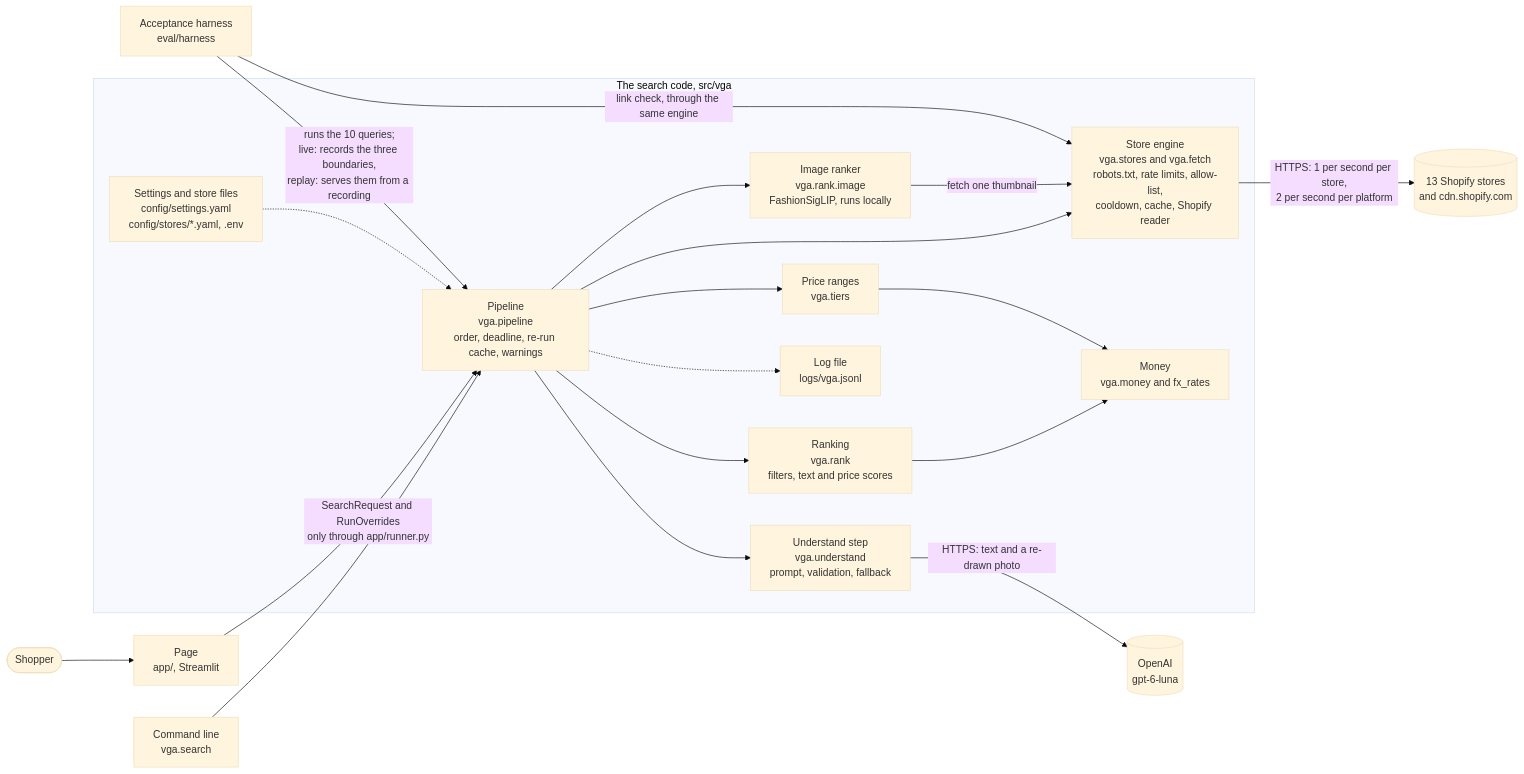
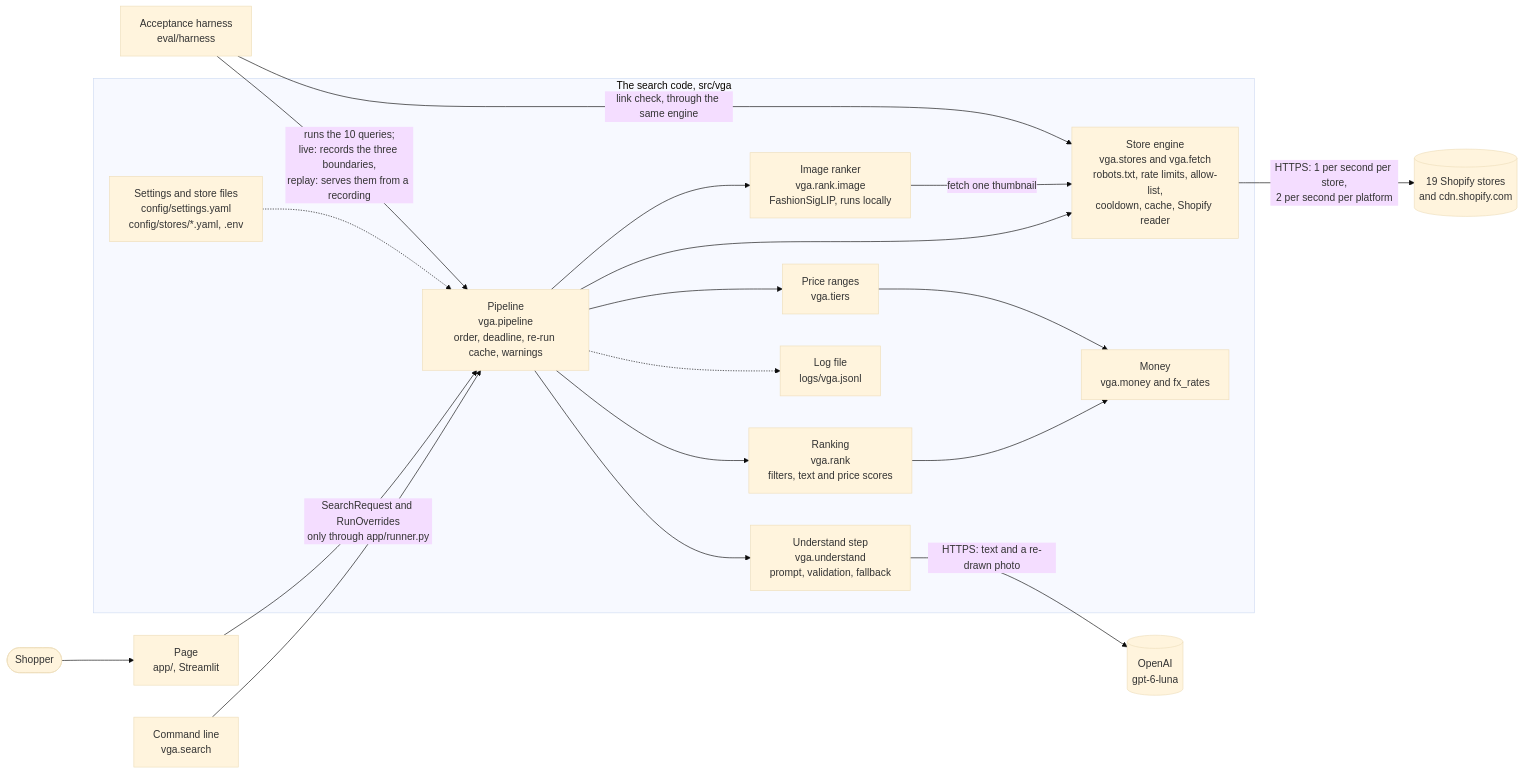
One commit to malijt/vga-ai-shopping-agent changed the diagram in docs/architecture.md. Above: the diagram before and after it, drawn with Mermaid (base theme). The commit also changed other lines of this file and 25 other files, not shown here.

````diff
--- a/docs/architecture.md
+++ b/docs/architecture.md
@@ -28,35 +30,35 @@
 ```mermaid
 flowchart LR
   shopper([Shopper]) --> page["Page<br/>app/, Streamlit"]
   cli["Command line<br/>vga.search"] --> pipe
   page -->|"SearchRequest and RunOverrides<br/>only through app/runner.py"| pipe
 
   subgraph proc["The search code, src/vga"]
     pipe["Pipeline<br/>vga.pipeline<br/>order, deadline, re-run cache, warnings"]
     und["Understand step<br/>vga.understand<br/>prompt, validation, fallback"]
     eng["Store engine<br/>vga.stores and vga.fetch<br/>robots.txt, rate limits, allow-list,<br/>cooldown, cache, Shopify reader"]
     rank["Ranking<br/>vga.rank<br/>filters, text and price scores"]
     img["Image ranker<br/>vga.rank.image<br/>FashionSigLIP, runs locally"]
     tiers["Price ranges<br/>vga.tiers"]
     money["Money<br/>vga.money and fx_rates"]
     cfg["Settings and store files<br/>config/settings.yaml<br/>config/stores/*.yaml, .env"]
     logf["Log file<br/>logs/vga.jsonl"]
   end
 
   pipe --> und
   pipe --> eng
   pipe --> rank
   pipe --> img
   pipe --> tiers
   img -->|"fetch one thumbnail"| eng
   rank --> money
   tiers --> money
   cfg -.-> pipe
   pipe -.-> logf
 
   und -->|"HTTPS: text and a re-drawn photo"| openai[("OpenAI<br/>gpt-6-luna")]
-  eng -->|"HTTPS: 1 per second per store,<br/>2 per second per platform"| stores[("13 Shopify stores<br/>and cdn.shopify.com")]
+  eng -->|"HTTPS: 1 per second per store,<br/>2 per second per platform"| stores[("19 Shopify stores<br/>and cdn.shopify.com")]
 
   harness["Acceptance harness<br/>eval/harness"] -->|"runs the 10 queries;<br/>live: records the three boundaries,<br/>replay: serves them from a recording"| pipe
   harness -->|"link check, through the same engine"| eng
 ```
````
